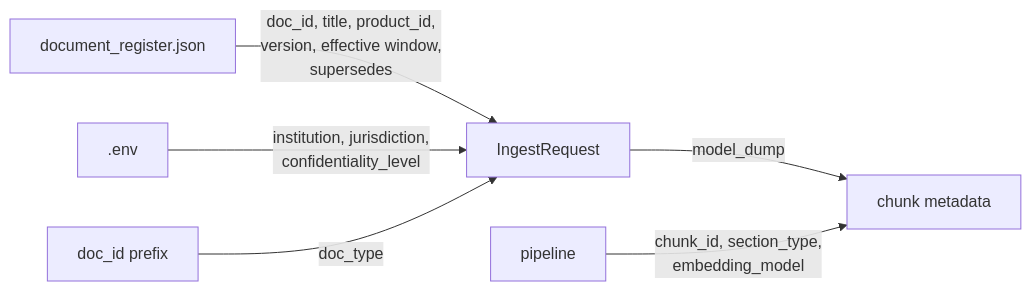
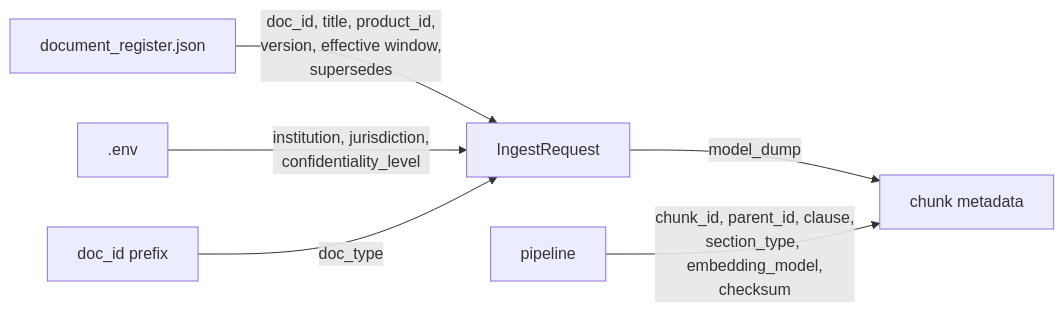
Before and after one commit to pankajshakya627/enterprise-ai-training: the sixth of 8 diagrams in README.md, drawn with Mermaid. The commit also changed other lines of this file and 11 other files, not shown here.

````diff
--- a/README.md
+++ b/README.md
@@ -327,8 +395,8 @@
 ```mermaid
 flowchart LR
     REG["document_register.json"] -->|"doc_id, title, product_id,<br/>version, effective window,<br/>supersedes"| REQ["IngestRequest"]
     ENV[".env"] -->|"institution, jurisdiction,<br/>confidentiality_level"| REQ
     PFX["doc_id prefix"] -->|"doc_type"| REQ
     REQ -->|"model_dump"| META["chunk metadata"]
-    PIPE["pipeline"] -->|"chunk_id, section_type,<br/>embedding_model"| META
+    PIPE["pipeline"] -->|"chunk_id, parent_id, clause,<br/>section_type, embedding_model,<br/>checksum"| META
 ```
````
